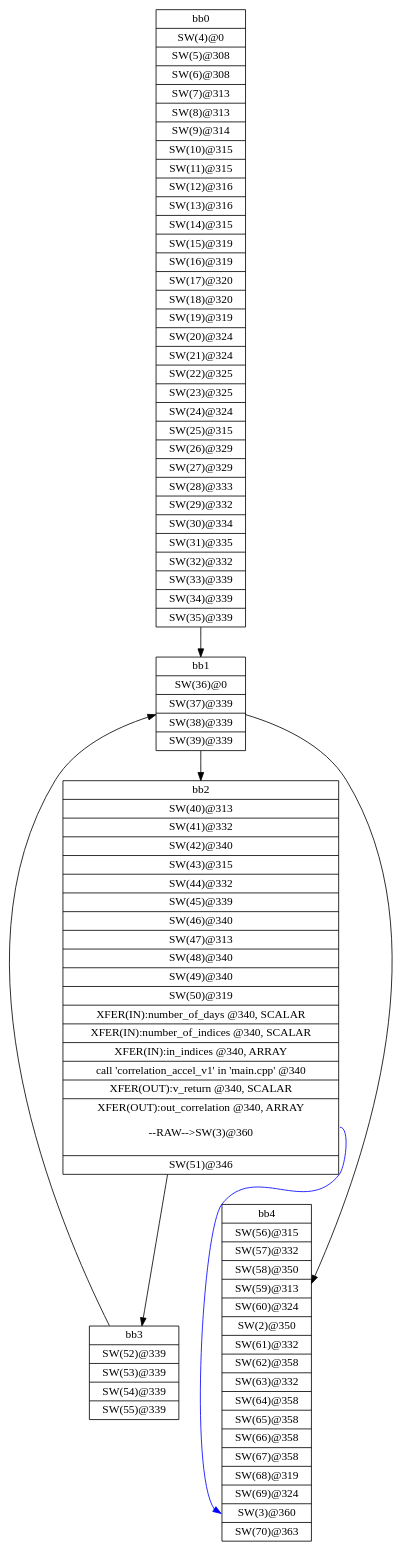
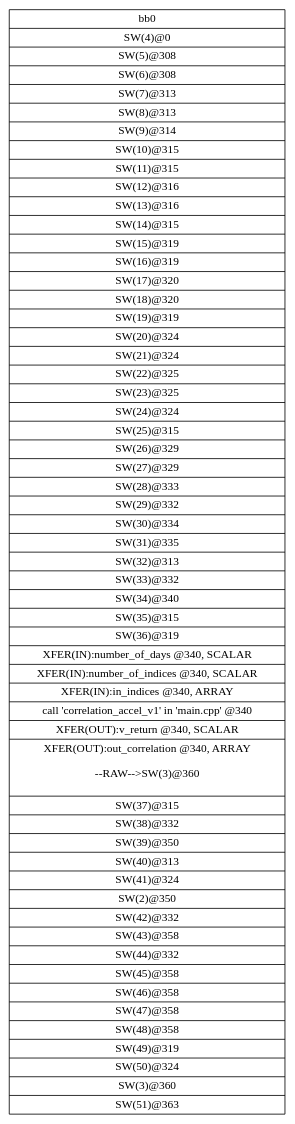
Before and after one commit to nguyencanhtrung/SDSoC: the diagram in workspace/correlation_ver1/correlation_ver1_linux/SDRelease/_sds/.llvm/_p0_cdfg_dc2_main.dot, drawn with Graphviz. The commit also changed 252 other files, not shown here.

```diff
--- a/workspace/correlation_ver1/correlation_ver1_linux/SDRelease/_sds/.llvm/_p0_cdfg_dc2_main.dot
+++ b/workspace/correlation_ver1/correlation_ver1_linux/SDRelease/_sds/.llvm/_p0_cdfg_dc2_main.dot
@@ -1,14 +1,4 @@
 digraph CDFG {
 node [shape=record];
-bb0 [shape=record, label = "{bb0|<x0x2233230>SW(4)@0\n|<x0x2232e50>SW(5)@308\n|<x0x2232fb0>SW(6)@308\n|<x0x2233110>SW(7)@313\n|<x0x21f1320>SW(8)@313\n|<x0x21f1480>SW(9)@314\n|<x0x21f15e0>SW(10)@315\n|<x0x21f1740>SW(11)@315\n|<x0x21f18a0>SW(12)@316\n|<x0x21f1a10>SW(13)@316\n|<x0x21f1b40>SW(14)@315\n|<x0x21f1ca0>SW(15)@319\n|<x0x21f1e00>SW(16)@319\n|<x0x21f1f60>SW(17)@320\n|<x0x21f20d0>SW(18)@320\n|<x0x21f2200>SW(19)@319\n|<x0x21f2360>SW(20)@324\n|<x0x21f24c0>SW(21)@324\n|<x0x21f2620>SW(22)@325\n|<x0x21f2790>SW(23)@325\n|<x0x21f28c0>SW(24)@324\n|<x0x21f2a20>SW(25)@315\n|<x0x21f2b80>SW(26)@329\n|<x0x21f2cb0>SW(27)@329\n|<x0x21f2e00>SW(28)@333\n|<x0x21f2f70>SW(29)@332\n|<x0x21f30e0>SW(30)@334\n|<x0x2234550>SW(31)@335\n|<x0x22366d0>SW(32)@332\n|<x0x2236840>SW(33)@339\n|<x0x2236980>SW(34)@339\n|<x0x2236ae0>SW(35)@339\n}"];
-bb1 [shape=record, label = "{bb1|<x0x2234690>SW(36)@0\n|<x0x2234750>SW(37)@339\n|<x0x22348b0>SW(38)@339\n|<x0x22349f0>SW(39)@339\n}"];
-bb2 [shape=record, label = "{bb2|<x0x2234630>SW(40)@313\n|<x0x2234cd0>SW(41)@332\n|<x0x2234e40>SW(42)@340\n|<x0x2234f80>SW(43)@315\n|<x0x22350e0>SW(44)@332\n|<x0x2235250>SW(45)@339\n|<x0x22353b0>SW(46)@340\n|<x0x22354f0>SW(47)@313\n|<x0x2235650>SW(48)@340\n|<x0x2235780>SW(49)@340\n|<x0x22358c0>SW(50)@319\n|<x0x2237400>XFER(IN):number_of_days @340, SCALAR\n|<x0x2237480>XFER(IN):number_of_indices @340, SCALAR\n|<x0x2237500>XFER(IN):in_indices @340, ARRAY\n|<x0x21ed780>call 'correlation_accel_v1' in 'main.cpp' @340\n|<x0x2237600>XFER(OUT):v_return @340, SCALAR\n|<x0x2237580>XFER(OUT):out_correlation @340, ARRAY\n\n--RAW--\>SW(3)@360\n\n|<x0x2235a20>SW(51)@346\n}"];
-bb3 [shape=record, label = "{bb3|<x0x2235b00>SW(52)@339\n|<x0x2235c60>SW(53)@339\n|<x0x2235da0>SW(54)@339\n|<x0x2235f00>SW(55)@339\n}"];
-bb4 [shape=record, label = "{bb4|<x0x2234b20>SW(56)@315\n|<x0x2236230>SW(57)@332\n|<x0x22363a0>SW(58)@350\n|<x0x22364e0>SW(59)@313\n|<x0x2236bc0>SW(60)@324\n|<x0x21f1060>SW(2)@350\n|<x0x2238d30>SW(61)@332\n|<x0x2238ea0>SW(62)@358\n|<x0x2238fe0>SW(63)@332\n|<x0x2239150>SW(64)@358\n|<x0x2236ca0>SW(65)@358\n|<x0x2236dd0>SW(66)@358\n|<x0x2236f00>SW(67)@358\n|<x0x2237060>SW(68)@319\n|<x0x22371c0>SW(69)@324\n|<x0x21f1000>SW(3)@360\n|<x0x2237320>SW(70)@363\n}"];
-bb0 -> bb1
-bb1 -> bb2
-bb1 -> bb4
-bb2 -> bb3
-bb3 -> bb1
-bb2:x0x2237580 -> bb4:x0x21f1000[color=blue]
+bb0 [shape=record, label = "{bb0|<x0x3cdf6b0>SW(4)@0\n|<x0x3cdf2d0>SW(5)@308\n|<x0x3cdf430>SW(6)@308\n|<x0x3cdf590>SW(7)@313\n|<x0x3c9d7a0>SW(8)@313\n|<x0x3c9d900>SW(9)@314\n|<x0x3c9da60>SW(10)@315\n|<x0x3c9dbc0>SW(11)@315\n|<x0x3c9dd20>SW(12)@316\n|<x0x3c9de90>SW(13)@316\n|<x0x3c9dfc0>SW(14)@315\n|<x0x3c9e120>SW(15)@319\n|<x0x3c9e280>SW(16)@319\n|<x0x3c9e3e0>SW(17)@320\n|<x0x3c9e550>SW(18)@320\n|<x0x3c9e680>SW(19)@319\n|<x0x3c9e7e0>SW(20)@324\n|<x0x3c9e940>SW(21)@324\n|<x0x3c9eaa0>SW(22)@325\n|<x0x3c9ec10>SW(23)@325\n|<x0x3c9ed40>SW(24)@324\n|<x0x3c9eea0>SW(25)@315\n|<x0x3c9f000>SW(26)@329\n|<x0x3c9f130>SW(27)@329\n|<x0x3c9f280>SW(28)@333\n|<x0x3c9f3f0>SW(29)@332\n|<x0x3c9f560>SW(30)@334\n|<x0x3ce0610>SW(31)@335\n|<x0x3ce2790>SW(32)@313\n|<x0x3ce28f0>SW(33)@332\n|<x0x3ce2a60>SW(34)@340\n|<x0x3ce2ba0>SW(35)@315\n|<x0x3ce2d00>SW(36)@319\n|<x0x3ce06f0>XFER(IN):number_of_days @340, SCALAR\n|<x0x3ce0770>XFER(IN):number_of_indices @340, SCALAR\n|<x0x3ce07f0>XFER(IN):in_indices @340, ARRAY\n|<x0x3c9a160>call 'correlation_accel_v1' in 'main.cpp' @340\n|<x0x3ce08f0>XFER(OUT):v_return @340, SCALAR\n|<x0x3ce0870>XFER(OUT):out_correlation @340, ARRAY\n\n--RAW--\>SW(3)@360\n\n|<x0x3ce2e60>SW(37)@315\n|<x0x3ce2fc0>SW(38)@332\n|<x0x3ce3130>SW(39)@350\n|<x0x3ce3270>SW(40)@313\n|<x0x3ce33d0>SW(41)@324\n|<x0x3c9ad30>SW(2)@350\n|<x0x3ce3530>SW(42)@332\n|<x0x3ce36a0>SW(43)@358\n|<x0x3ce37e0>SW(44)@332\n|<x0x3ce3950>SW(45)@358\n|<x0x3ce3a80>SW(46)@358\n|<x0x3ce3bb0>SW(47)@358\n|<x0x3ce3ce0>SW(48)@358\n|<x0x3ce3e40>SW(49)@319\n|<x0x3ce3fa0>SW(50)@324\n|<x0x3c9acd0>SW(3)@360\n|<x0x3ce4100>SW(51)@363\n}"];
 }
```
